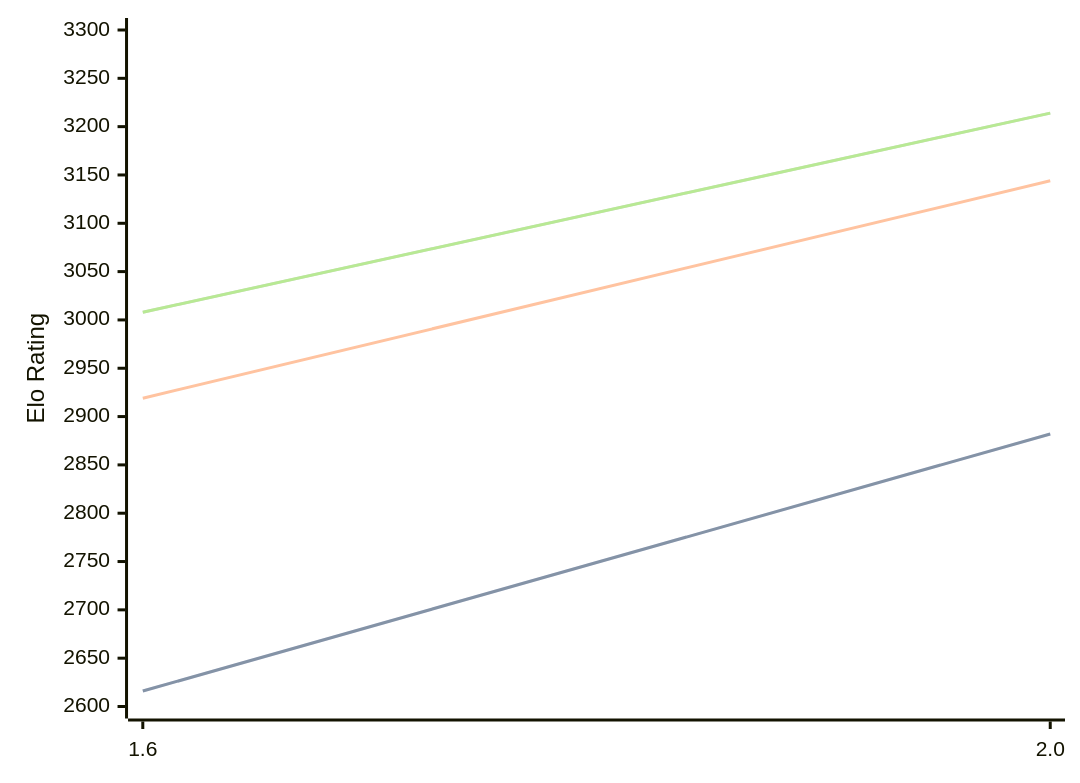
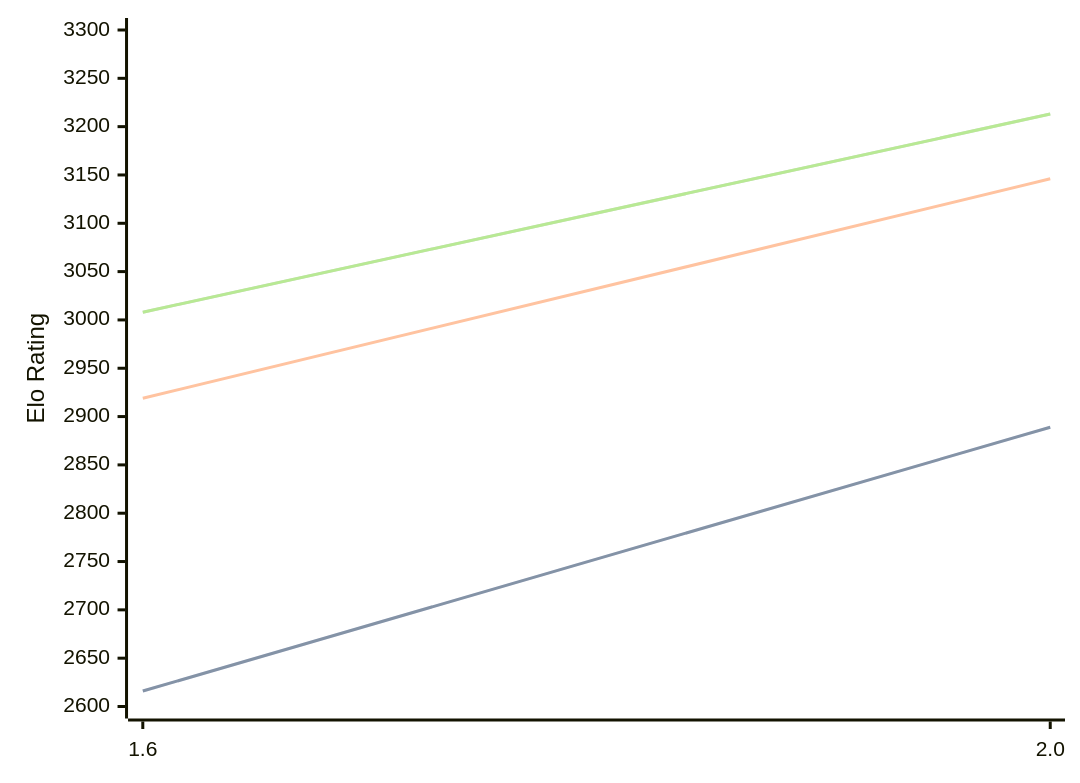
Before and after one commit to computer-chess-index/cci: the diagram in engines/Onyx.md, drawn with Mermaid. The commit also changed other lines of this file, not shown here.

Commit message:
Update CCI Ratings (ELO VLTC) - 2026-07-21

````diff
--- a/engines/Onyx.md
+++ b/engines/Onyx.md
@@ -32,11 +32,11 @@
 ```mermaid
 %%{init: {"theme":"base","themeVariables":{"seriesColors:['#a3a3a3','#222221','#faa371']}}}%%
 xychart-beta
   x-axis ["1.6", "2.0"]
   y-axis "Elo Rating" 2600 --> 3300
-  line "STC (8.0+0.08s)" [2616, 2882]
-  line "STC (8.0+0.08s)" [2616, 2882]
-  line "LTC (60.0+0.60s)" [2919, 3144]
-  line "VLTC (2m24s+1.12s)" [3008, 3214]
-  line "VLTC (2m24s+1.12s)" [3008, 3214]
+  line "STC (8.0+0.08s)" [2616, 2889]
+  line "STC (8.0+0.08s)" [2616, 2889]
+  line "LTC (60.0+0.60s)" [2919, 3146]
+  line "VLTC (2m24s+1.12s)" [3008, 3213]
+  line "VLTC (2m24s+1.12s)" [3008, 3213]
 ```
````
